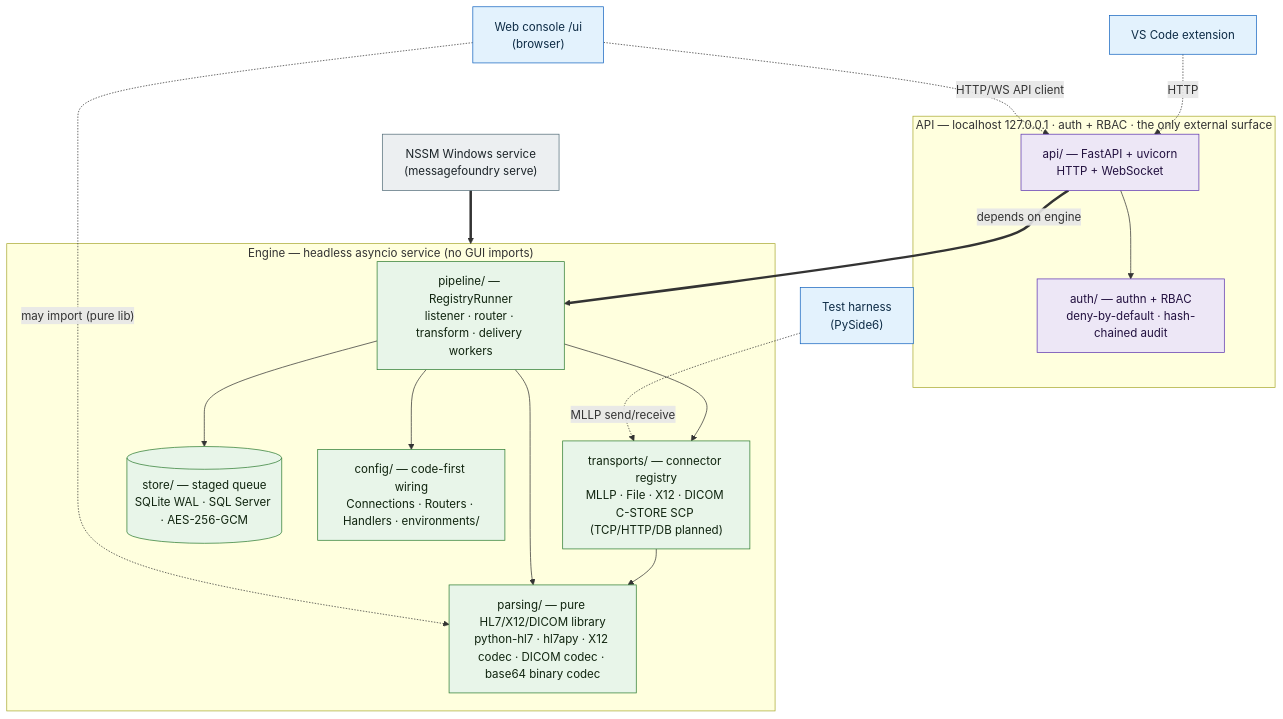
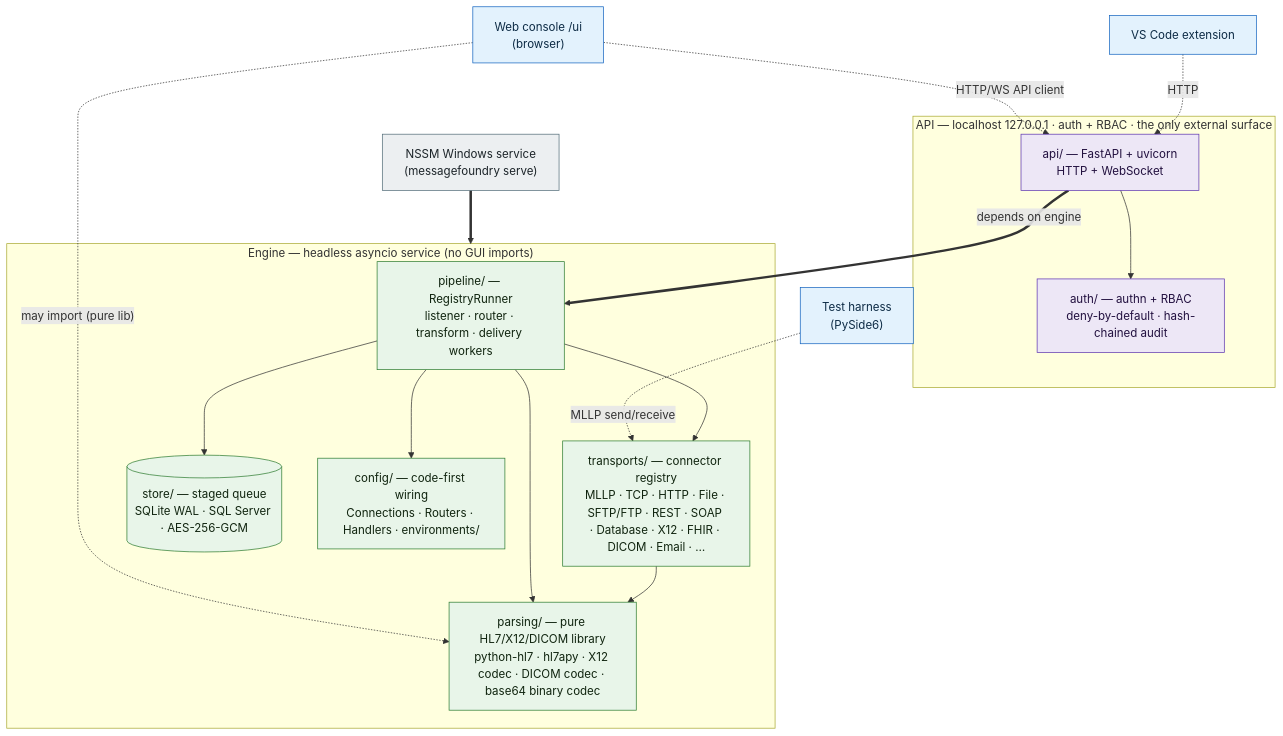
The first of 3 diagrams in assets/docs/_md/Architecture.md (wshallwshall/messagefoundry-website), drawn with Mermaid before and after one commit. The commit also changed other lines of this file and 19 other files, not shown here.

````diff
--- a/assets/docs/_md/Architecture.md
+++ b/assets/docs/_md/Architecture.md
@@ -72,42 +76,42 @@
 ```mermaid
 flowchart TB
   classDef client fill:#e3f2fd,stroke:#1565c0,color:#0d2b45;
   classDef api fill:#ede7f6,stroke:#5e35b1,color:#22103f;
   classDef engine fill:#e8f5e9,stroke:#2e7d32,color:#10240f;
   classDef deploy fill:#eceff1,stroke:#546e7a,color:#1c2429;
 
   CON["Web console /ui<br/>(browser)"]:::client
   IDE["VS Code extension"]:::client
   HARNESS["Test harness<br/>(PySide6)"]:::client
 
   subgraph API_BND["API — localhost 127.0.0.1 · auth + RBAC · the only external surface"]
     API["api/ — FastAPI + uvicorn<br/>HTTP + WebSocket"]:::api
     AUTH["auth/ — authn + RBAC<br/>deny-by-default · hash-chained audit"]:::api
   end
 
   subgraph ENGINE["Engine — headless asyncio service (no GUI imports)"]
     PIPE["pipeline/ — RegistryRunner<br/>listener · router · transform · delivery workers"]:::engine
-    TRANS["transports/ — connector registry<br/>MLLP · File · X12 · DICOM C-STORE SCP (TCP/HTTP/DB planned)"]:::engine
+    TRANS["transports/ — connector registry<br/>MLLP · TCP · HTTP · File · SFTP/FTP · REST · SOAP · Database · X12 · FHIR · DICOM · Email · …"]:::engine
     PARSE["parsing/ — pure HL7/X12/DICOM library<br/>python-hl7 · hl7apy · X12 codec · DICOM codec · base64 binary codec"]:::engine
     STORE[("store/ — staged queue<br/>SQLite WAL · SQL Server · AES-256-GCM")]:::engine
     CFG["config/ — code-first wiring<br/>Connections · Routers · Handlers · environments/"]:::engine
   end
 
   NSSM["NSSM Windows service<br/>(messagefoundry serve)"]:::deploy
 
   CON -.->|"HTTP/WS API client"| API
   IDE -.->|"HTTP"| API
   HARNESS -.->|"MLLP send/receive"| TRANS
   CON -.->|"may import (pure lib)"| PARSE
 
   API --> AUTH
   API ==>|"depends on engine"| PIPE
 
   PIPE --> TRANS
   PIPE --> PARSE
   PIPE --> STORE
   PIPE --> CFG
   TRANS --> PARSE
 
   NSSM ==> ENGINE
 ```
````
